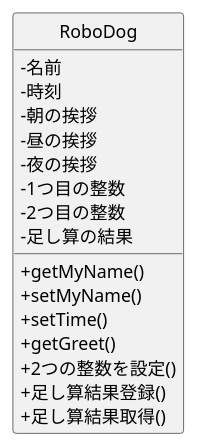
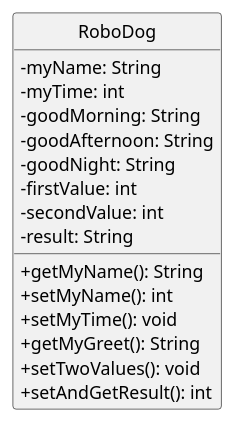
Before and after one commit to takesue0630/practice_uml: the diagram in 06_robo_dog/class.pu, drawn with PlantUML.

Commit message:
【変更】英文化

```diff
--- a/06_robo_dog/class.pu
+++ b/06_robo_dog/class.pu
@@ -1,24 +1,23 @@
 @startuml Robodogクラス図
 skinparam classAttributeIconSize 0
 hide circle
 
 class RoboDog {
- -名前
- -時刻
- -朝の挨拶
- -昼の挨拶
- -夜の挨拶
- -1つ目の整数
- -2つ目の整数
- -足し算の結果
+ -myName: String
+ -myTime: int
+ -goodMorning: String
+ -goodAfternoon: String
+ -goodNight: String
+ -firstValue: int
+ -secondValue: int
+ -result: String
 
- +getMyName()
- +setMyName()
- +setTime()
- +getGreet()
- +2つの整数を設定()
- +足し算結果登録()
- +足し算結果取得()
+ +getMyName(): String
+ +setMyName(): int
+ +setMyTime(): void
+ +getMyGreet(): String
+ +setTwoValues(): void
+ +setAndGetResult(): int
 }
 
 @enduml
```
